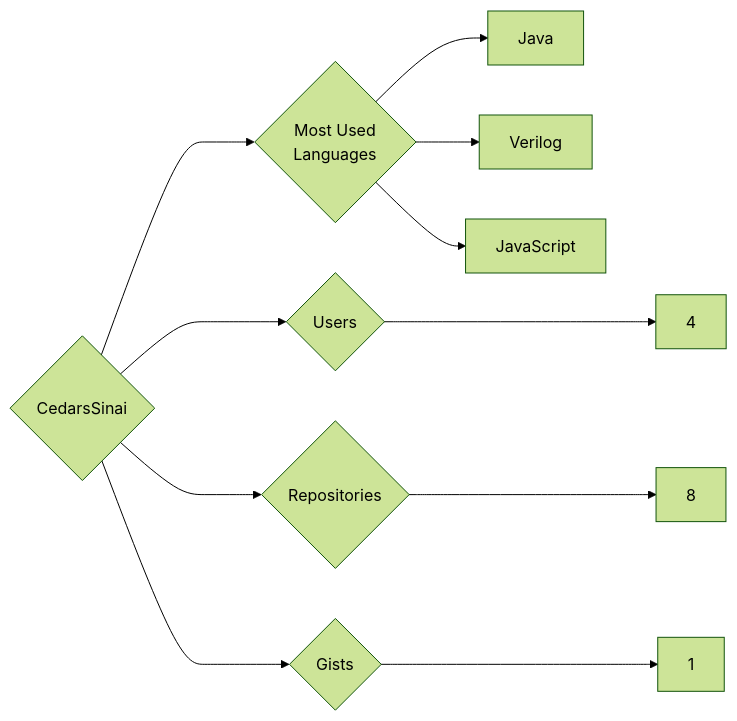
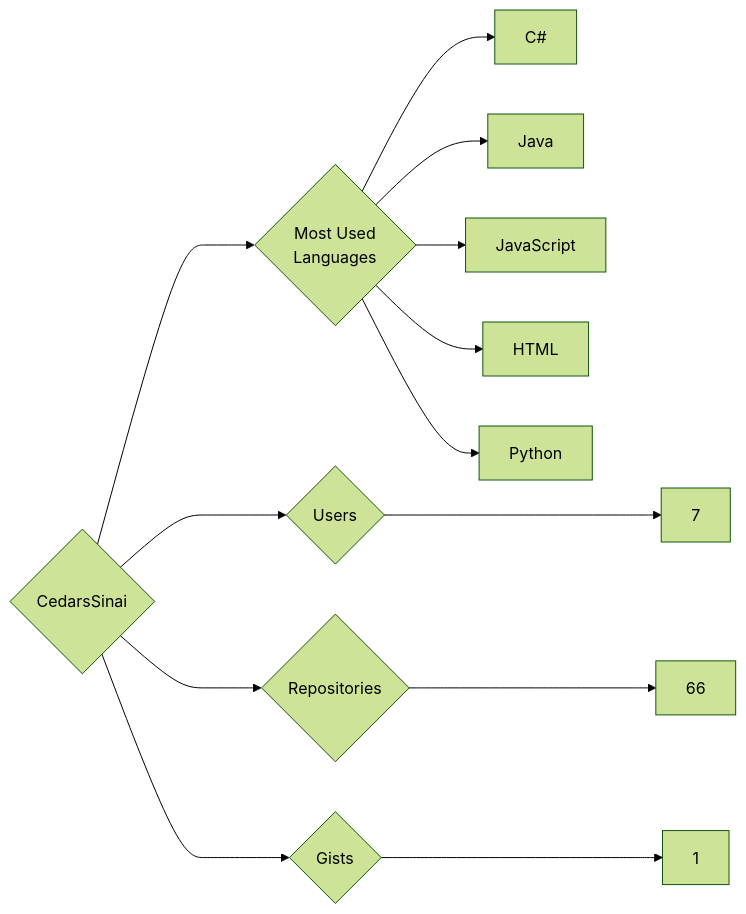
One commit to trickest/insiders changed the diagram in targets/CedarsSinai/README.md. Above: the diagram before and after it, drawn with Mermaid (forest theme). The commit also changed 1167 other files, not shown here.

````diff
--- a/targets/CedarsSinai/README.md
+++ b/targets/CedarsSinai/README.md
@@ -3,11 +3,13 @@
 ```mermaid
 graph LR
 COMPANY_NAME{CedarsSinai}
-COMPANY_NAME ---> U{Users} ---> UN[4]
-COMPANY_NAME ---> R{Repositories} ---> RN[8]
+COMPANY_NAME ---> U{Users} ---> UN[7]
+COMPANY_NAME ---> R{Repositories} ---> RN[66]
 COMPANY_NAME ---> G{Gists} ---> GN[1]
 COMPANY_NAME ---> ML{Most Used<br>Languages}
+ML --> C#[C#]
 ML --> Java[Java]
-ML --> Verilog[Verilog]
 ML --> JavaScript[JavaScript]
+ML --> HTML[HTML]
+ML --> Python[Python]
 ```
````
